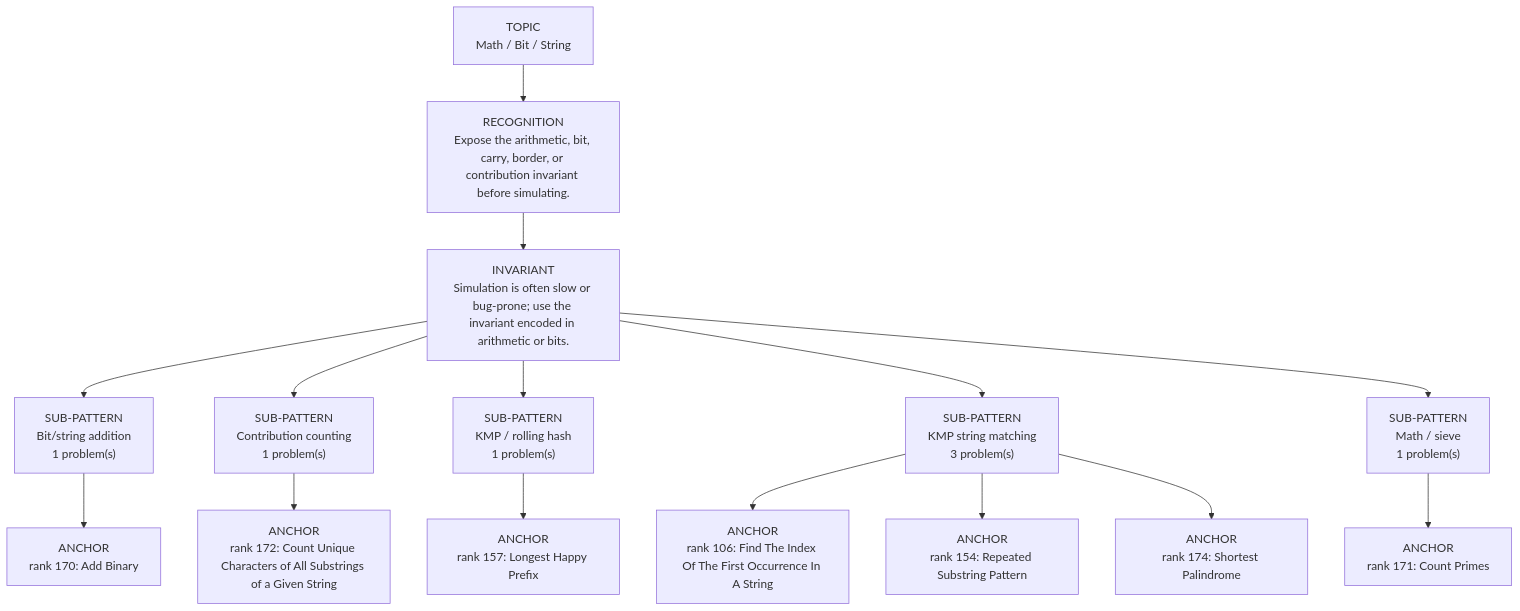
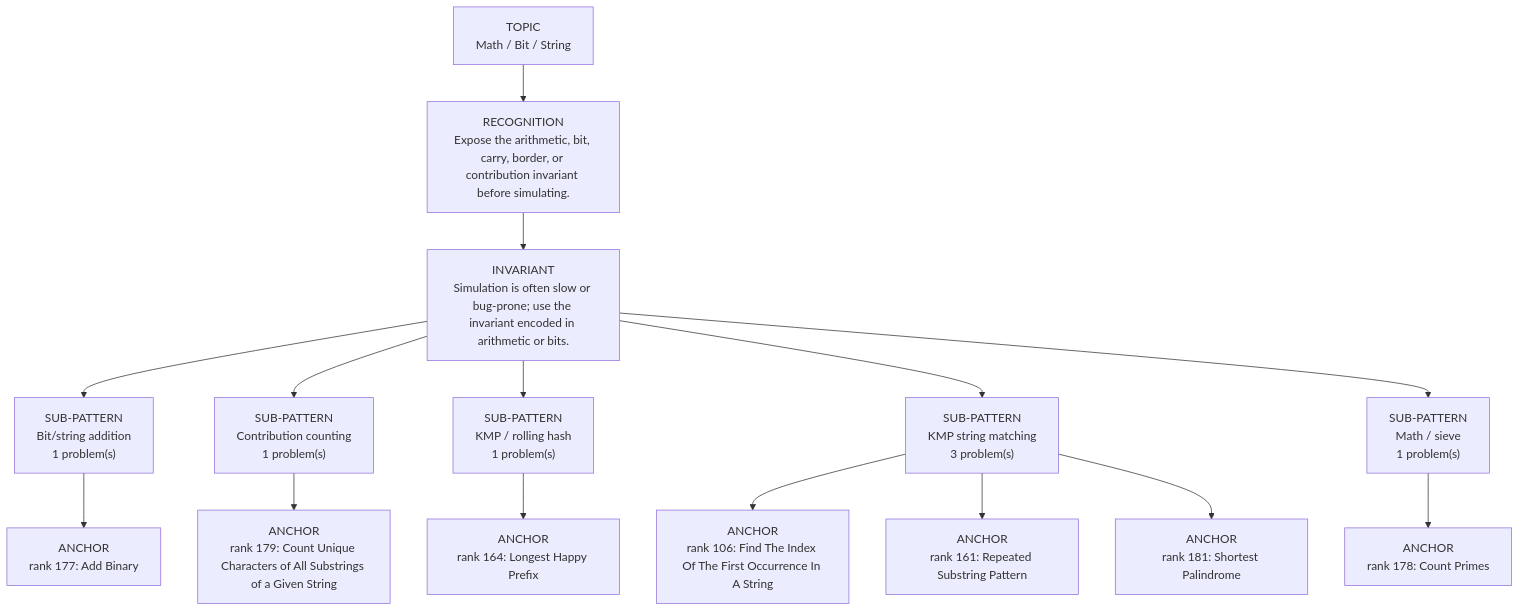
The diagram in dsa-review/interview/patterns/20_math_bit_string.md (thechiranjeevjain/DSA10days), drawn with Mermaid before and after one commit. The commit also changed other lines of this file and 61 other files, not shown here.

````diff
--- a/dsa-review/interview/patterns/20_math_bit_string.md
+++ b/dsa-review/interview/patterns/20_math_bit_string.md
@@ -15,19 +15,19 @@
 ```mermaid
 flowchart TD
   Topic["TOPIC<br/>Math / Bit / String"]
   Recognition["RECOGNITION<br/>Expose the arithmetic, bit, carry, border, or contribution invariant before simulating."]
   Invariant["INVARIANT<br/>Simulation is often slow or bug-prone; use the invariant encoded in arithmetic or bits."]
   Topic --> Recognition --> Invariant
   Invariant --> Sub01["SUB-PATTERN<br/>Bit/string addition<br/>1 problem(s)"]
-  Sub01 --> Sub01A01["ANCHOR<br/>rank 170: Add Binary"]
+  Sub01 --> Sub01A01["ANCHOR<br/>rank 177: Add Binary"]
   Invariant --> Sub02["SUB-PATTERN<br/>Contribution counting<br/>1 problem(s)"]
-  Sub02 --> Sub02A01["ANCHOR<br/>rank 172: Count Unique Characters of All Substrings of a Given String"]
+  Sub02 --> Sub02A01["ANCHOR<br/>rank 179: Count Unique Characters of All Substrings of a Given String"]
   Invariant --> Sub03["SUB-PATTERN<br/>KMP / rolling hash<br/>1 problem(s)"]
-  Sub03 --> Sub03A01["ANCHOR<br/>rank 157: Longest Happy Prefix"]
+  Sub03 --> Sub03A01["ANCHOR<br/>rank 164: Longest Happy Prefix"]
   Invariant --> Sub04["SUB-PATTERN<br/>KMP string matching<br/>3 problem(s)"]
   Sub04 --> Sub04A01["ANCHOR<br/>rank 106: Find The Index Of The First Occurrence In A String"]
-  Sub04 --> Sub04A02["ANCHOR<br/>rank 154: Repeated Substring Pattern"]
-  Sub04 --> Sub04A03["ANCHOR<br/>rank 174: Shortest Palindrome"]
+  Sub04 --> Sub04A02["ANCHOR<br/>rank 161: Repeated Substring Pattern"]
+  Sub04 --> Sub04A03["ANCHOR<br/>rank 181: Shortest Palindrome"]
   Invariant --> Sub05["SUB-PATTERN<br/>Math / sieve<br/>1 problem(s)"]
-  Sub05 --> Sub05A01["ANCHOR<br/>rank 171: Count Primes"]
+  Sub05 --> Sub05A01["ANCHOR<br/>rank 178: Count Primes"]
 ```
````
